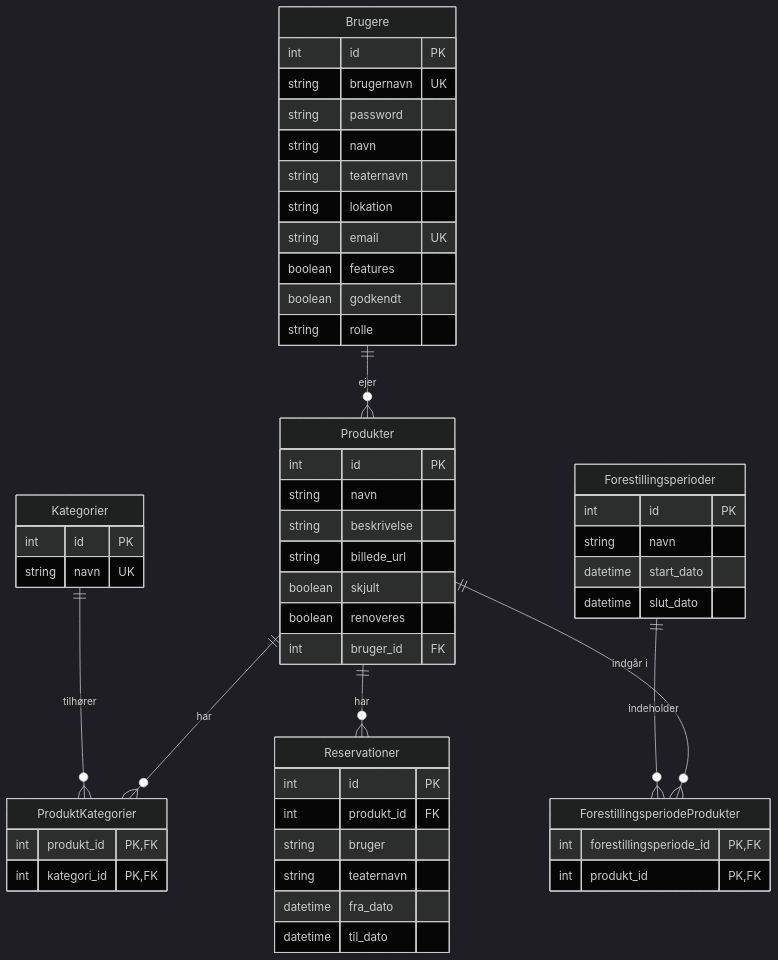
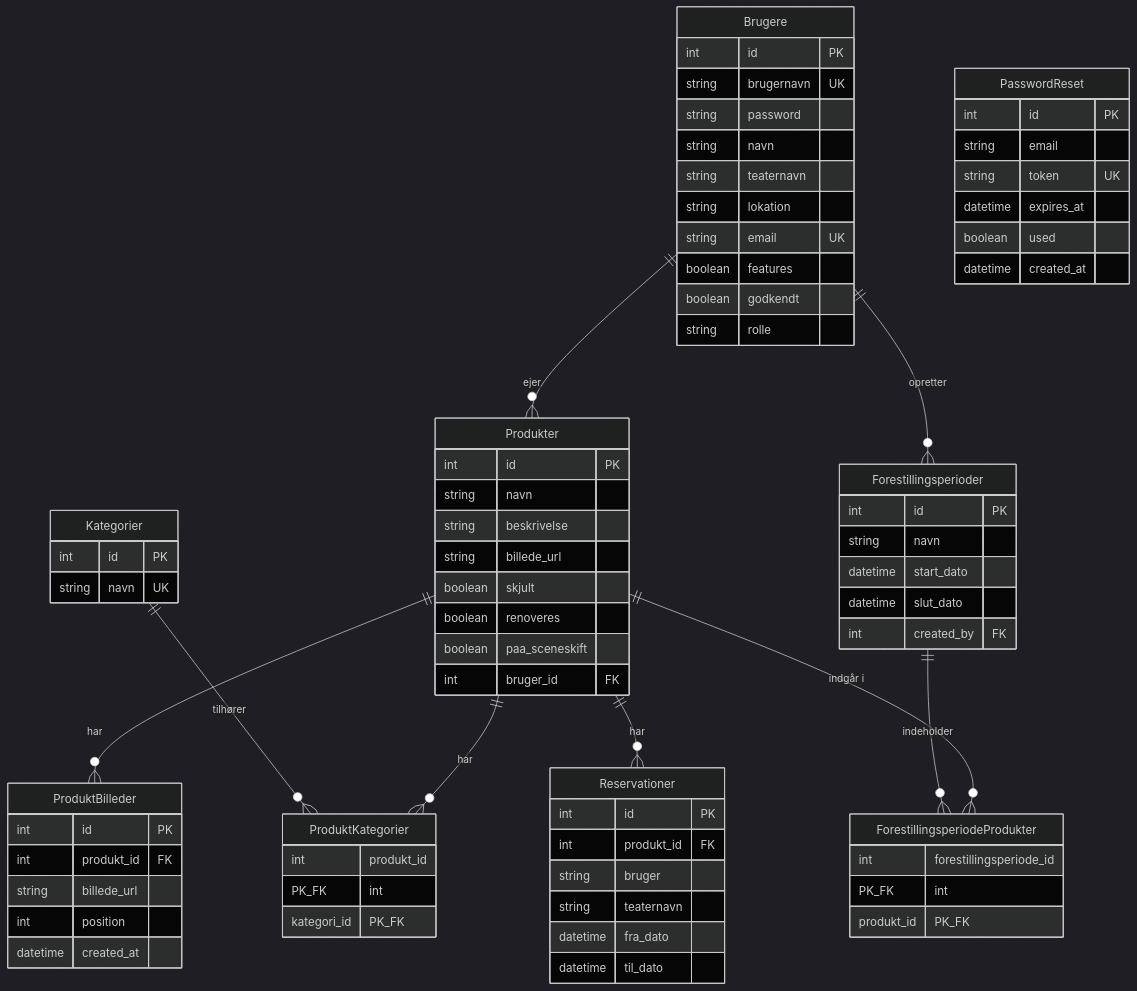
Before and after one commit to drummdurum/hovedopgave-sceneskift: the diagram in docs/ER-diagram.md, drawn with Mermaid (dark theme). The commit also changed other lines of this file and 5 other files, not shown here.

```diff
--- a/docs/ER-diagram.md
+++ b/docs/ER-diagram.md
@@ -22,7 +22,16 @@
         string billede_url
         boolean skjult
         boolean renoveres
+        boolean paa_sceneskift
         int bruger_id FK
+    }
+
+    ProduktBilleder {
+        int id PK
+        int produkt_id FK
+        string billede_url
+        int position
+        datetime created_at
     }
 
     Kategorier {
@@ -31,8 +40,8 @@
     }
 
     ProduktKategorier {
-        int produkt_id PK,FK
-        int kategori_id PK,FK
+        int produkt_id PK_FK
+        int kategori_id PK_FK
     }
 
     Forestillingsperioder {
@@ -40,11 +49,12 @@
         string navn
         datetime start_dato
         datetime slut_dato
+        int created_by FK
     }
 
     ForestillingsperiodeProdukter {
-        int forestillingsperiode_id PK,FK
-        int produkt_id PK,FK
+        int forestillingsperiode_id PK_FK
+        int produkt_id PK_FK
     }
 
     Reservationer {
@@ -56,8 +66,19 @@
         datetime til_dato
     }
 
+    PasswordReset {
+        int id PK
+        string email
+        string token UK
+        datetime expires_at
+        boolean used
+        datetime created_at
+    }
+
     %% Relationer
     Brugere ||--o{ Produkter : "ejer"
+    Brugere ||--o{ Forestillingsperioder : "opretter"
+    Produkter ||--o{ ProduktBilleder : "har"
     Produkter ||--o{ ProduktKategorier : "har"
     Kategorier ||--o{ ProduktKategorier : "tilhører"
     Produkter ||--o{ ForestillingsperiodeProdukter : "indgår i"
```
